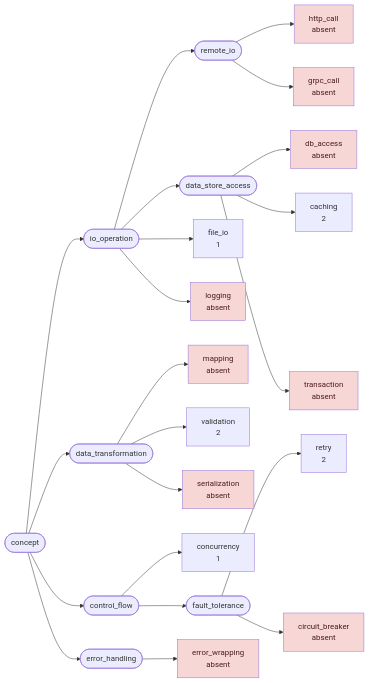
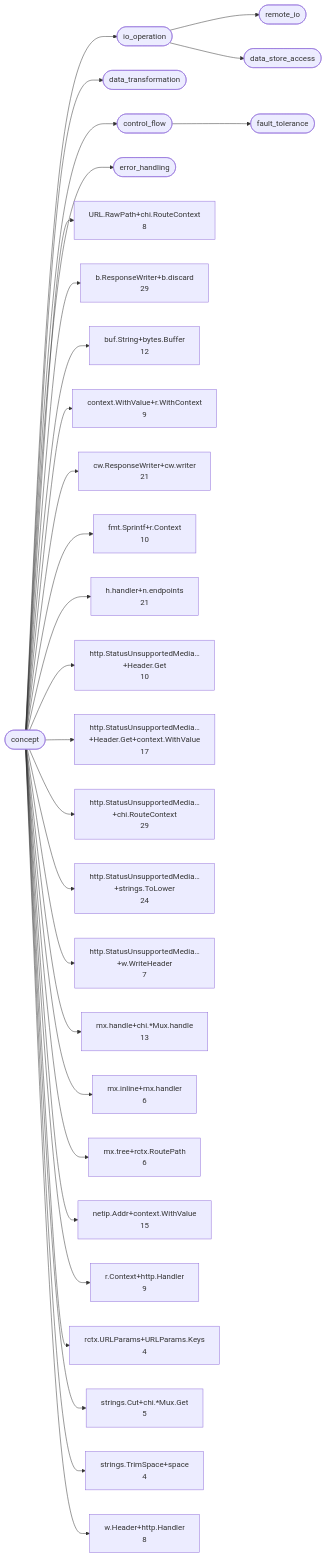
Before and after one commit to LukasSelin/doppel: the first of 7 diagrams in examples/chi.md, drawn with Mermaid. The commit also changed other lines of this file and 66 other files, not shown here.

````diff
--- a/examples/chi.md
+++ b/examples/chi.md
@@ -50,50 +53,60 @@
 ```mermaid
 flowchart LR
     c0(["concept"])
     c1(["io_operation"])
     c2(["remote_io"])
-    c3["http_call<br/>absent"]
-    c4["grpc_call<br/>absent"]
-    c5(["data_store_access"])
-    c6["db_access<br/>absent"]
-    c7["caching<br/>2"]
-    c8["transaction<br/>absent"]
-    c9["file_io<br/>1"]
-    c10["logging<br/>absent"]
-    c11(["data_transformation"])
-    c12["mapping<br/>absent"]
-    c13["validation<br/>2"]
-    c14["serialization<br/>absent"]
-    c15(["control_flow"])
-    c16["concurrency<br/>1"]
-    c17(["fault_tolerance"])
-    c18["retry<br/>2"]
-    c19["circuit_breaker<br/>absent"]
-    c20(["error_handling"])
-    c21["error_wrapping<br/>absent"]
+    c3(["data_store_access"])
+    c4(["data_transformation"])
+    c5(["control_flow"])
+    c6(["fault_tolerance"])
+    c7(["error_handling"])
+    c8["URL.RawPath+chi.RouteContext<br/>8"]
+    c9["b.ResponseWriter+b.discard<br/>29"]
+    c10["buf.String+bytes.Buffer<br/>12"]
+    c11["context.WithValue+r.WithContext<br/>9"]
+    c12["cw.ResponseWriter+cw.writer<br/>21"]
+    c13["fmt.Sprintf+r.Context<br/>10"]
+    c14["h.handler+n.endpoints<br/>21"]
+    c15["http.StatusUnsupportedMedia…+Header.Get<br/>10"]
+    c16["http.StatusUnsupportedMedia…+Header.Get+context.WithValue<br/>17"]
+    c17["http.StatusUnsupportedMedia…+chi.RouteContext<br/>29"]
+    c18["http.StatusUnsupportedMedia…+strings.ToLower<br/>24"]
+    c19["http.StatusUnsupportedMedia…+w.WriteHeader<br/>7"]
+    c20["mx.handle+chi.*Mux.handle<br/>13"]
+    c21["mx.inline+mx.handler<br/>6"]
+    c22["mx.tree+rctx.RoutePath<br/>6"]
+    c23["netip.Addr+context.WithValue<br/>15"]
+    c24["r.Context+http.Handler<br/>9"]
+    c25["rctx.URLParams+URLParams.Keys<br/>4"]
+    c26["strings.Cut+chi.*Mux.Get<br/>5"]
+    c27["strings.TrimSpace+space<br/>4"]
+    c28["w.Header+http.Handler<br/>8"]
     c0 --> c1
     c1 --> c2
-    c2 --> c3
-    c2 --> c4
-    c1 --> c5
+    c1 --> c3
+    c0 --> c4
+    c0 --> c5
     c5 --> c6
-    c5 --> c7
-    c5 --> c8
-    c1 --> c9
-    c1 --> c10
+    c0 --> c7
+    c0 --> c8
+    c0 --> c9
+    c0 --> c10
     c0 --> c11
-    c11 --> c12
-    c11 --> c13
-    c11 --> c14
+    c0 --> c12
+    c0 --> c13
+    c0 --> c14
     c0 --> c15
-    c15 --> c16
-    c15 --> c17
-    c17 --> c18
-    c17 --> c19
+    c0 --> c16
+    c0 --> c17
+    c0 --> c18
+    c0 --> c19
     c0 --> c20
-    c20 --> c21
-    classDef good fill:#d7ecd9,color:#1b3d20
-    classDef warn fill:#fbeecb,color:#4a3a12
-    classDef hot fill:#f7d6d6,color:#4a1c1c
-    class c3,c4,c6,c8,c10,c12,c14,c19,c21 hot
+    c0 --> c21
+    c0 --> c22
+    c0 --> c23
+    c0 --> c24
+    c0 --> c25
+    c0 --> c26
+    c0 --> c27
+    c0 --> c28
 ```
````
